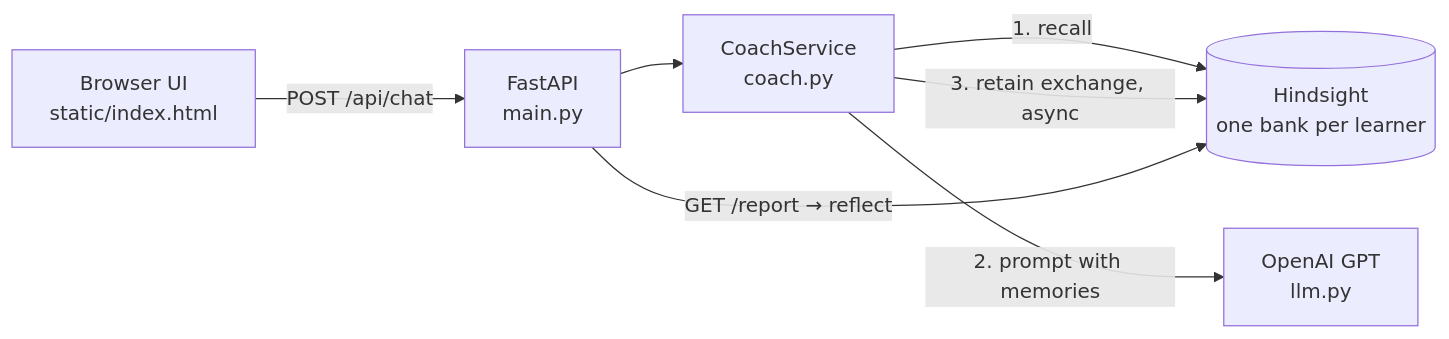
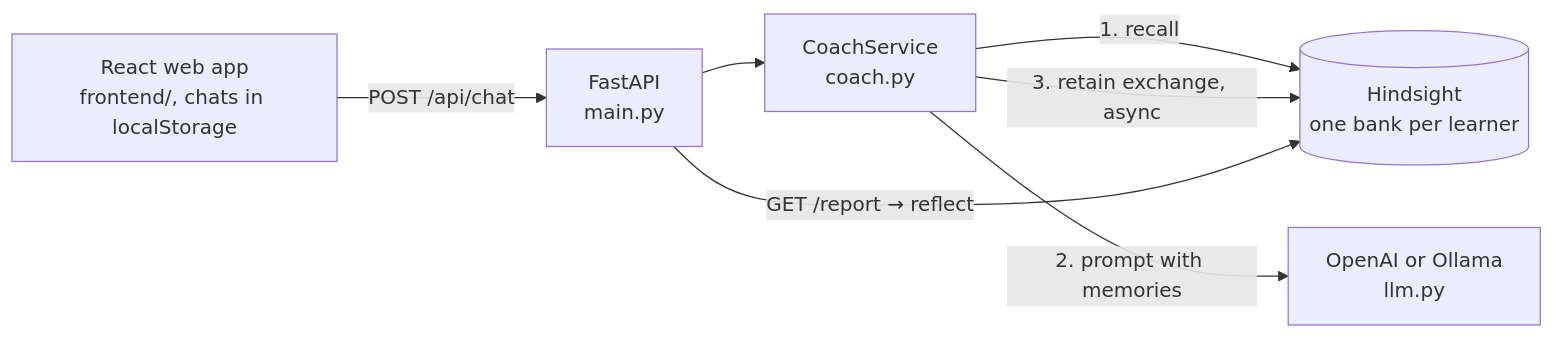
The diagram in README.md (satyaidk/emergent-loop), drawn with Mermaid before and after one commit. The commit also changed other lines of this file and 66 other files, not shown here.

````diff
--- a/README.md
+++ b/README.md
@@ -34,9 +45,9 @@
 ```mermaid
 flowchart LR
-    UI[Browser UI<br/>static/index.html] -->|POST /api/chat| API[FastAPI<br/>main.py]
+    UI[React web app<br/>frontend/, chats in localStorage] -->|POST /api/chat| API[FastAPI<br/>main.py]
     API --> Coach[CoachService<br/>coach.py]
     Coach -->|1. recall| Mem[(Hindsight<br/>one bank per learner)]
-    Coach -->|2. prompt with memories| LLM[OpenAI GPT<br/>llm.py]
+    Coach -->|2. prompt with memories| LLM[OpenAI or Ollama<br/>llm.py]
     Coach -->|3. retain exchange, async| Mem
     API -->|GET /report → reflect| Mem
 ```
````
